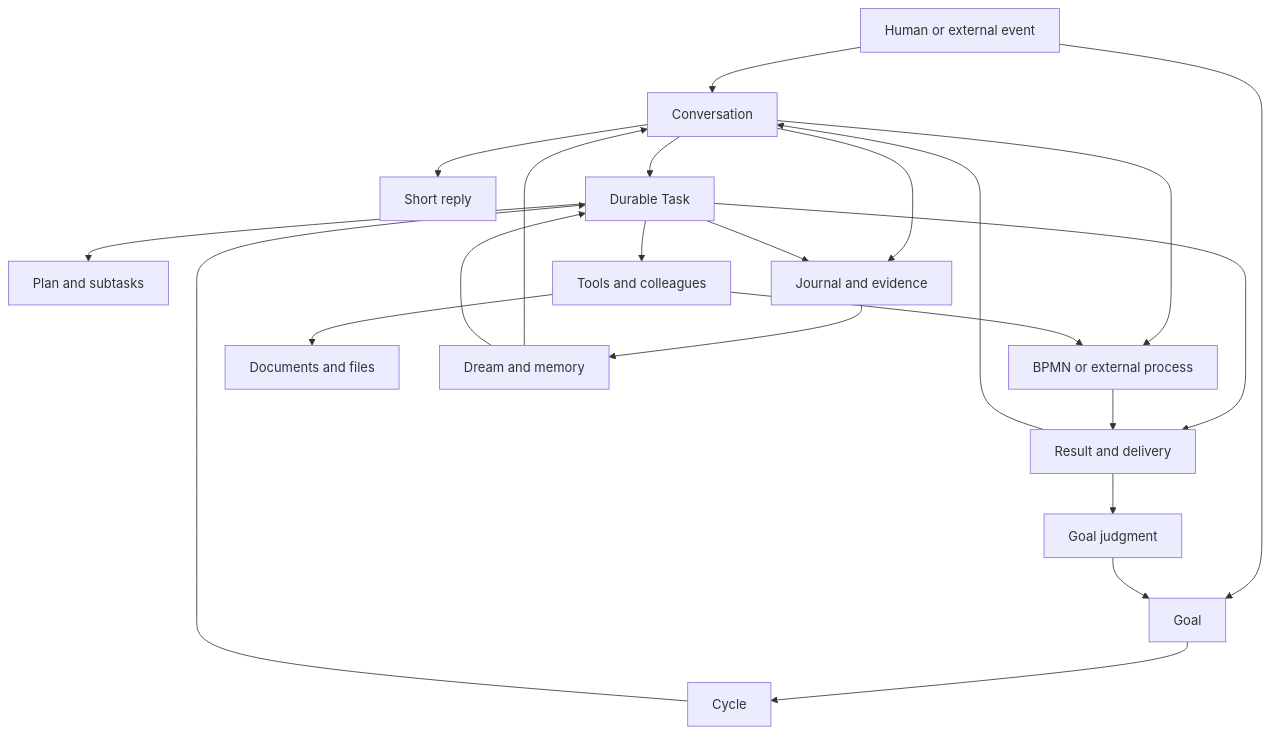
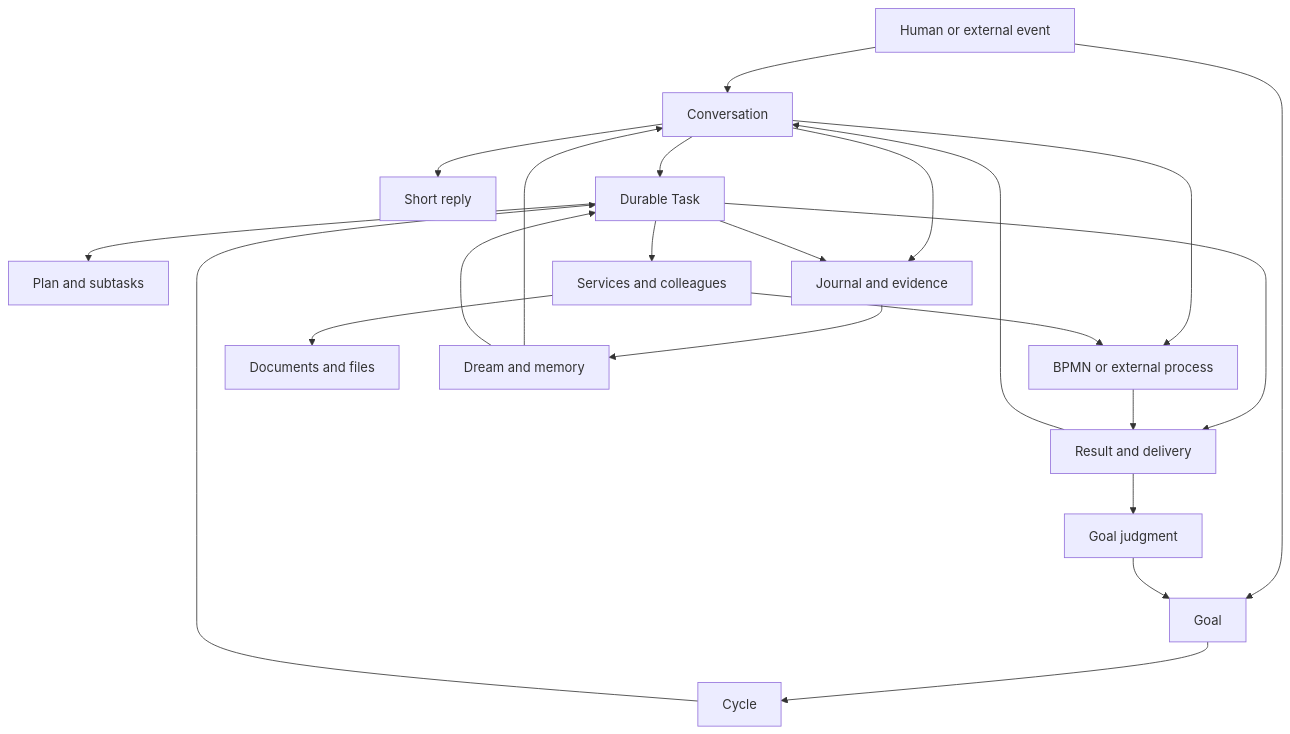
Before and after one commit to lecluse-net/galaris: the first of 2 diagrams in docs/en/reference/functional-catalogue.md, drawn with Mermaid. The commit also changed other lines of this file and 1027 other files, not shown here.

````diff
--- a/docs/en/reference/functional-catalogue.md
+++ b/docs/en/reference/functional-catalogue.md
@@ -108,24 +108,24 @@
 ```mermaid
 flowchart TD
     H[Human or external event] --> C[Conversation]
     C --> R[Short reply]
     C --> T[Durable Task]
     H --> G[Goal]
     G --> Y[Cycle]
     Y --> T
     T --> P[Plan and subtasks]
-    T --> O[Tools and colleagues]
+    T --> O[Services and colleagues]
     C --> X[BPMN or external process]
     O --> X
     O --> D[Documents and files]
     T --> F[Result and delivery]
     X --> F
     F --> C
     F --> J[Goal judgment]
     J --> G
     C --> B[Journal and evidence]
     T --> B
     B --> M[Dream and memory]
     M --> C
     M --> T
 ```
````
